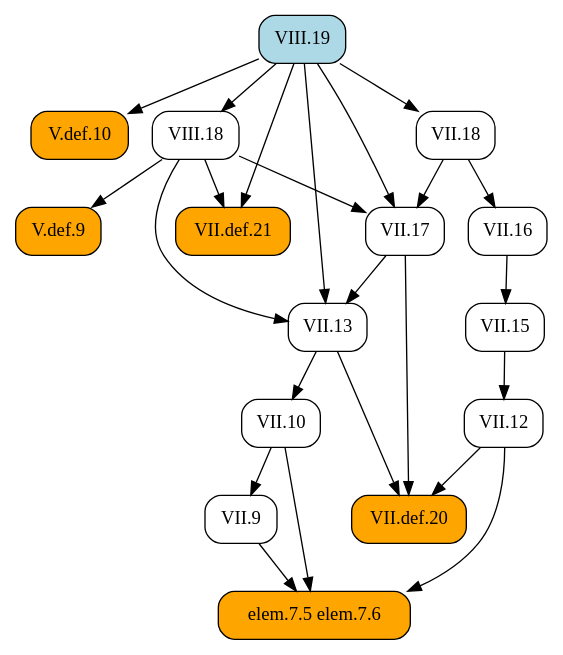
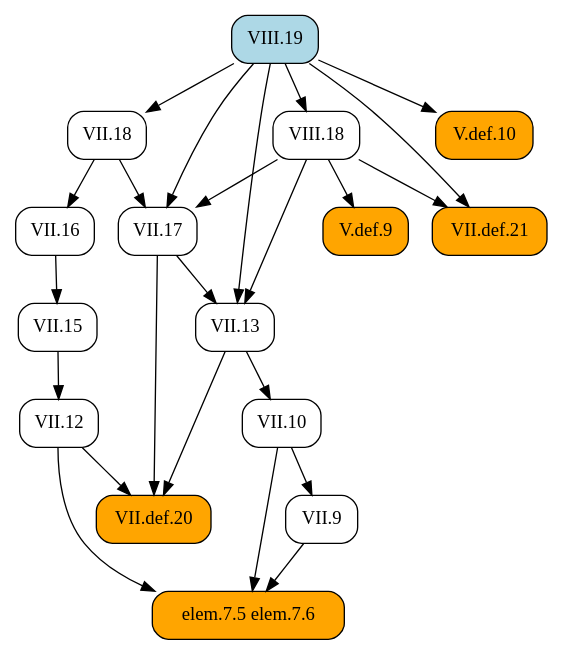
One commit to geometor/elements changed the diagram in docsrc/heath/VIII/19/index.rst. Above: the diagram before and after it, drawn with Graphviz. The commit also changed other lines of this file and 1029 other files, not shown here.

```diff
--- a/docsrc/heath/VIII/19/index.rst
+++ b/docsrc/heath/VIII/19/index.rst
@@ -98,44 +98,44 @@
 .. graphviz::
 
    digraph {
      rankdir="TB";
      node [shape=box, style=rounded];
+     "elem.7.5 elem.7.6" [style="rounded,filled", fillcolor=orange];
      "V.def.9" [style="rounded,filled", fillcolor=orange, URL="/heath/V/def.9/", target="_top"];
-     "VII.15" [URL="/heath/VII/15/", target="_top"];
-     "VII.12" [URL="/heath/VII/12/", target="_top"];
+     "VII.def.21" [style="rounded,filled", fillcolor=orange, URL="/heath/VII/def.21/", target="_top"];
+     "VIII.18" [URL="/heath/VIII/18/", target="_top"];
+     "VII.10" [URL="/heath/VII/10/", target="_top"];
      "VIII.19" [style="rounded,filled", fillcolor=lightblue, URL="/heath/VIII/19/", target="_top"];
      "V.def.10" [style="rounded,filled", fillcolor=orange, URL="/heath/V/def.10/", target="_top"];
-     "VIII.18" [URL="/heath/VIII/18/", target="_top"];
      "VII.9" [URL="/heath/VII/9/", target="_top"];
+     "VII.18" [URL="/heath/VII/18/", target="_top"];
+     "VII.13" [URL="/heath/VII/13/", target="_top"];
+     "VII.16" [URL="/heath/VII/16/", target="_top"];
+     "VII.12" [URL="/heath/VII/12/", target="_top"];
+     "VII.15" [URL="/heath/VII/15/", target="_top"];
      "VII.def.20" [style="rounded,filled", fillcolor=orange, URL="/heath/VII/def.20/", target="_top"];
-     "elem.7.5 elem.7.6" [style="rounded,filled", fillcolor=orange];
-     "VII.16" [URL="/heath/VII/16/", target="_top"];
-     "VII.13" [URL="/heath/VII/13/", target="_top"];
-     "VII.10" [URL="/heath/VII/10/", target="_top"];
-     "VII.18" [URL="/heath/VII/18/", target="_top"];
-     "VII.def.21" [style="rounded,filled", fillcolor=orange, URL="/heath/VII/def.21/", target="_top"];
      "VII.17" [URL="/heath/VII/17/", target="_top"];
+     "VII.9" -> "elem.7.5 elem.7.6";
+     "VII.10" -> "elem.7.5 elem.7.6";
+     "VII.12" -> "elem.7.5 elem.7.6";
      "VIII.18" -> "V.def.9";
+     "VIII.18" -> "VII.def.21";
+     "VIII.19" -> "VII.def.21";
+     "VIII.19" -> "VIII.18";
+     "VII.13" -> "VII.10";
+     "VIII.19" -> "V.def.10";
+     "VII.10" -> "VII.9";
+     "VIII.19" -> "VII.18";
+     "VII.17" -> "VII.13";
+     "VIII.18" -> "VII.13";
+     "VIII.19" -> "VII.13";
+     "VII.18" -> "VII.16";
+     "VII.15" -> "VII.12";
      "VII.16" -> "VII.15";
-     "VII.15" -> "VII.12";
-     "VIII.19" -> "V.def.10";
-     "VIII.19" -> "VIII.18";
-     "VII.10" -> "VII.9";
      "VII.12" -> "VII.def.20";
      "VII.13" -> "VII.def.20";
      "VII.17" -> "VII.def.20";
-     "VII.9" -> "elem.7.5 elem.7.6";
-     "VII.10" -> "elem.7.5 elem.7.6";
-     "VII.12" -> "elem.7.5 elem.7.6";
-     "VII.18" -> "VII.16";
-     "VII.17" -> "VII.13";
-     "VIII.18" -> "VII.13";
-     "VIII.19" -> "VII.13";
-     "VII.13" -> "VII.10";
-     "VIII.19" -> "VII.18";
-     "VIII.18" -> "VII.def.21";
-     "VIII.19" -> "VII.def.21";
      "VII.18" -> "VII.17";
      "VIII.18" -> "VII.17";
      "VIII.19" -> "VII.17";
    }
```
